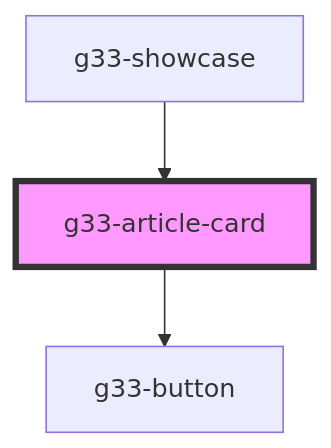
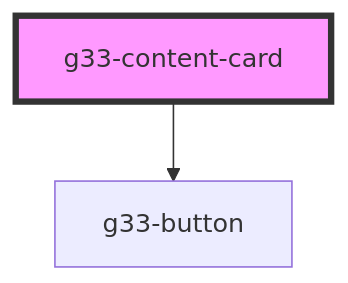
One commit to juliencap/g33-stencil-design-system changed the diagram in src/components/g33-content-card/readme.md. Above: the diagram before and after it, drawn with Mermaid. The commit also changed other lines of this file and 65 other files, not shown here.

````diff
--- a/src/components/g33-content-card/readme.md
+++ b/src/components/g33-content-card/readme.md
@@ -34,6 +30,5 @@
 ```mermaid
 graph TD;
-  g33-article-card --> g33-button
-  g33-showcase --> g33-article-card
-  style g33-article-card fill:#f9f,stroke:#333,stroke-width:4px
+  g33-content-card --> g33-button
+  style g33-content-card fill:#f9f,stroke:#333,stroke-width:4px
 ```
````
